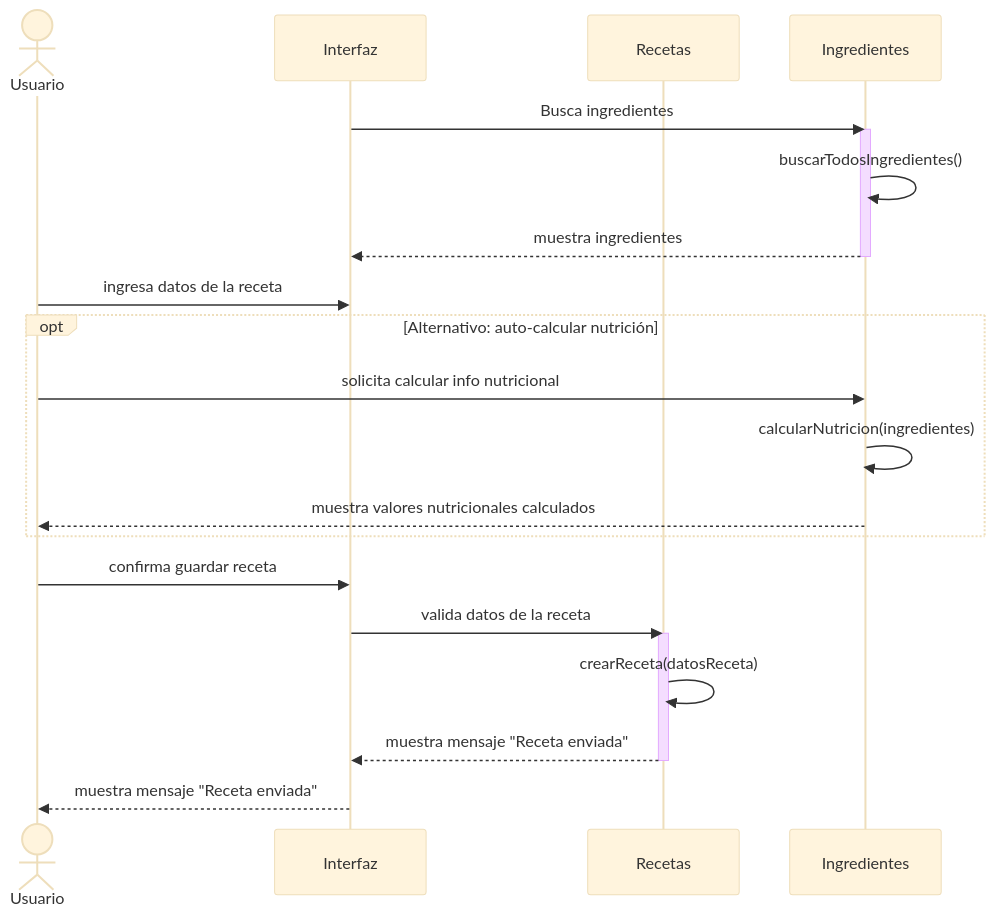
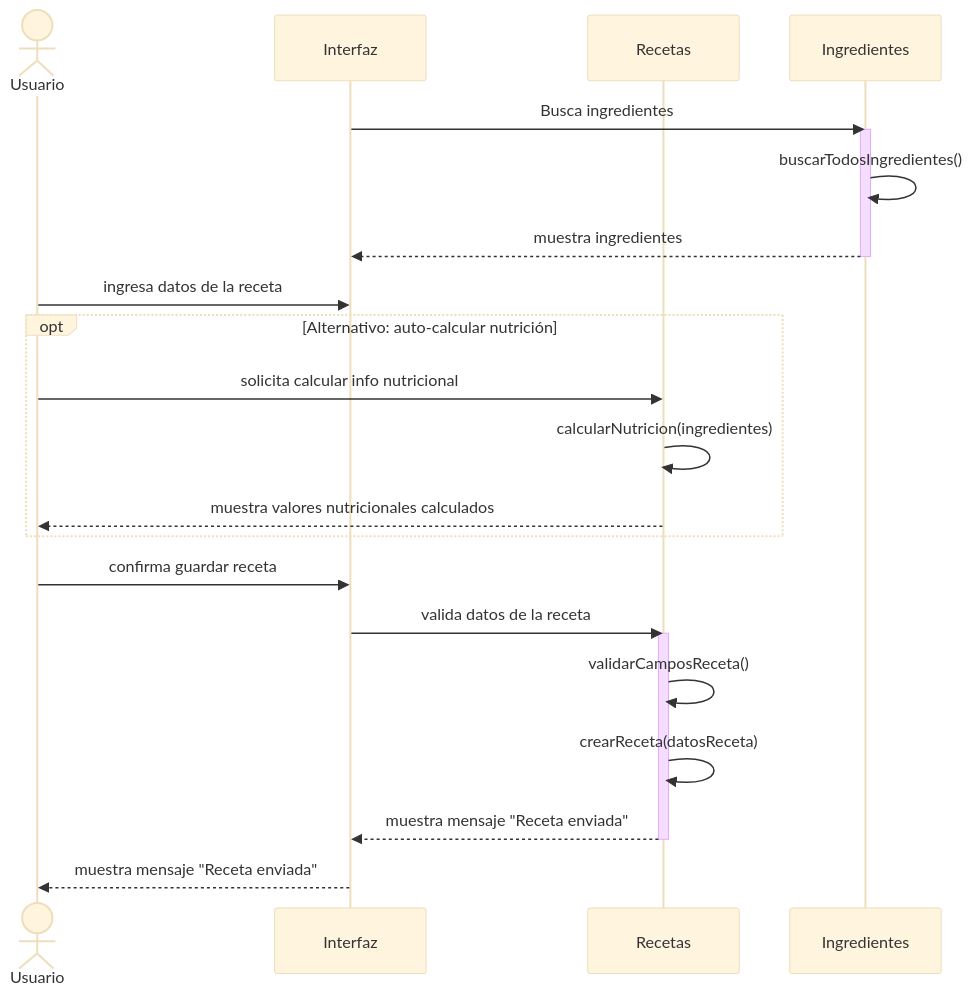
Before and after one commit to Lautarojpg/Sistema_Recetas: the first of 3 diagrams in diagramas_secuencia.md, drawn with Mermaid (base theme). The commit also changed other lines of this file and 10 other files, not shown here.

````diff
--- a/diagramas_secuencia.md
+++ b/diagramas_secuencia.md
@@ -5,31 +5,32 @@
 ```mermaid
 sequenceDiagram
     actor Usuario
     participant Interfaz
     participant Recetas
     participant Ingredientes
 
     Interfaz->>Ingredientes: Busca ingredientes
     activate Ingredientes
     Ingredientes->>Ingredientes: buscarTodosIngredientes()
     Ingredientes-->>Interfaz: muestra ingredientes
     deactivate Ingredientes
 
     Usuario->>Interfaz: ingresa datos de la receta
     
     opt Alternativo: auto-calcular nutrición
-        Usuario->>Ingredientes: solicita calcular info nutricional
-        Ingredientes->>Ingredientes: calcularNutricion(ingredientes)
-        Ingredientes-->>Usuario: muestra valores nutricionales calculados
+        Usuario->>Recetas: solicita calcular info nutricional
+        Recetas->>Recetas: calcularNutricion(ingredientes)
+        Recetas-->>Usuario: muestra valores nutricionales calculados
     end
 
     Usuario->>Interfaz: confirma guardar receta
     
     Interfaz->>Recetas: valida datos de la receta
     activate Recetas
+    Recetas->>Recetas: validarCamposReceta()
     Recetas->>Recetas: crearReceta(datosReceta)
     Recetas-->>Interfaz: muestra mensaje "Receta enviada"
     deactivate Recetas
     
     Interfaz-->>Usuario: muestra mensaje "Receta enviada"
 ```
````
